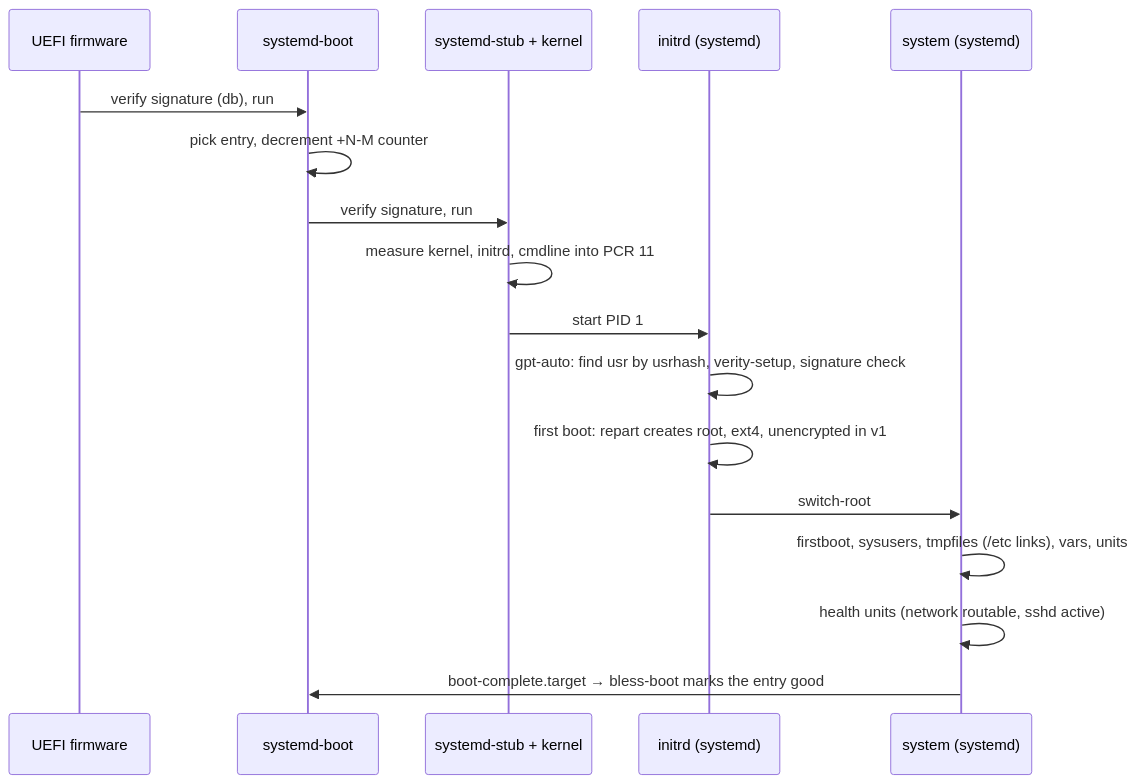
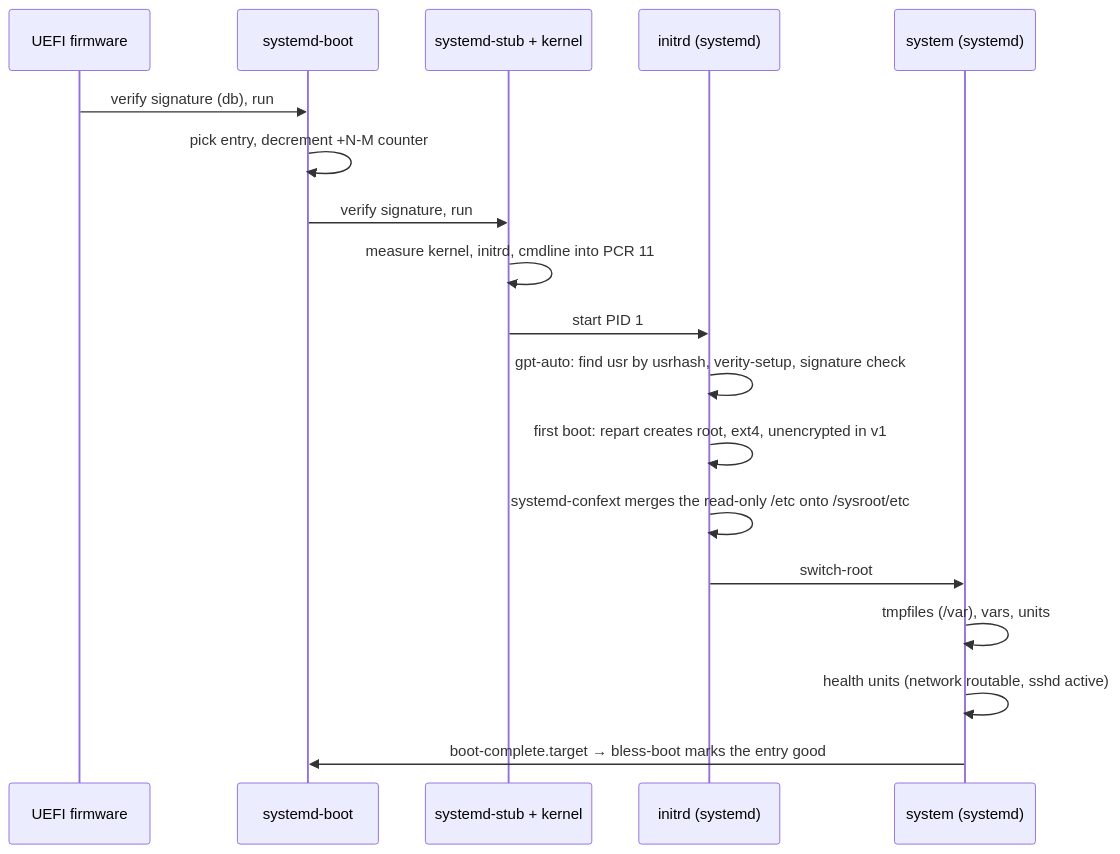
The first of 2 diagrams in docs/design/boot.md (slophaer/golconda), drawn with Mermaid before and after one commit. The commit also changed other lines of this file and 28 other files, not shown here.

First line of the commit message:
docs: the read-only /etc

````diff
--- a/docs/design/boot.md
+++ b/docs/design/boot.md
@@ -7,19 +7,20 @@
 ```mermaid
 sequenceDiagram
   participant FW as UEFI firmware
   participant SB as systemd-boot
   participant UKI as systemd-stub + kernel
   participant IRD as initrd (systemd)
   participant SYS as system (systemd)
   FW->>SB: verify signature (db), run
   SB->>SB: pick entry, decrement +N-M counter
   SB->>UKI: verify signature, run
   UKI->>UKI: measure kernel, initrd, cmdline into PCR 11
   UKI->>IRD: start PID 1
   IRD->>IRD: gpt-auto: find usr by usrhash, verity-setup, signature check
   IRD->>IRD: first boot: repart creates root, ext4, unencrypted in v1
+  IRD->>IRD: systemd-confext merges the read-only /etc onto /sysroot/etc
   IRD->>SYS: switch-root
-  SYS->>SYS: firstboot, sysusers, tmpfiles (/etc links), vars, units
+  SYS->>SYS: tmpfiles (/var), vars, units
   SYS->>SYS: health units (network routable, sshd active)
   SYS->>SB: boot-complete.target → bless-boot marks the entry good
 ```
````
